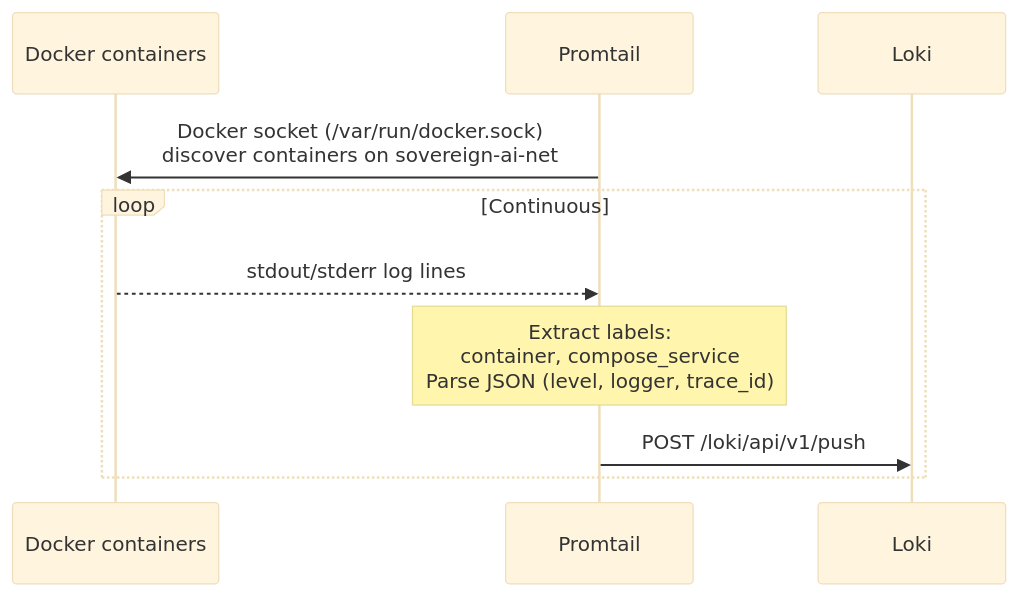
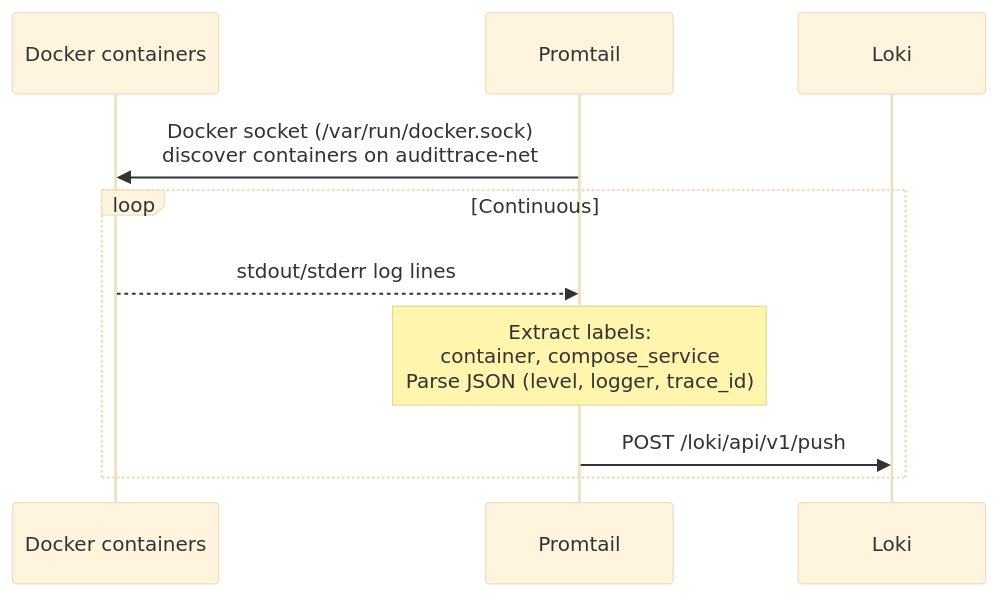
One commit to lfdesousa/AuditTrace-AI changed the third of 5 diagrams in docs/architecture/sequence-observability-flow.md. Above: the diagram before and after it, drawn with Mermaid (base theme). The commit also changed other lines of this file and 8 other files, not shown here.

First line of the commit message:
docs: update architecture diagrams + README for k8s + Istio v1.0

````diff
--- a/docs/architecture/sequence-observability-flow.md
+++ b/docs/architecture/sequence-observability-flow.md
@@ -44,16 +44,16 @@
 ```mermaid
 sequenceDiagram
     participant Containers as Docker containers
     participant Promtail as Promtail
     participant Loki as Loki
 
-    Promtail->>Containers: Docker socket (/var/run/docker.sock)<br/>discover containers on sovereign-ai-net
+    Promtail->>Containers: Docker socket (/var/run/docker.sock)<br/>discover containers on audittrace-net
 
     loop Continuous
         Containers-->>Promtail: stdout/stderr log lines
 
         Note over Promtail: Extract labels:<br/>container, compose_service<br/>Parse JSON (level, logger, trace_id)
 
         Promtail->>Loki: POST /loki/api/v1/push
     end
 ```
````
